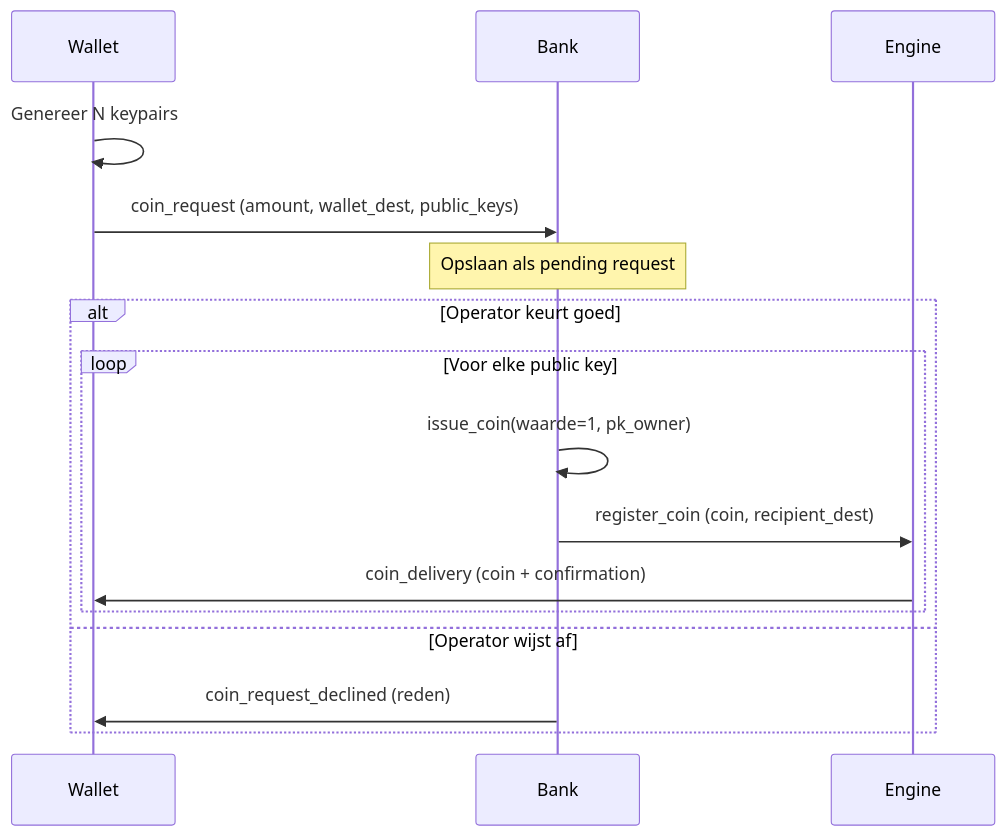
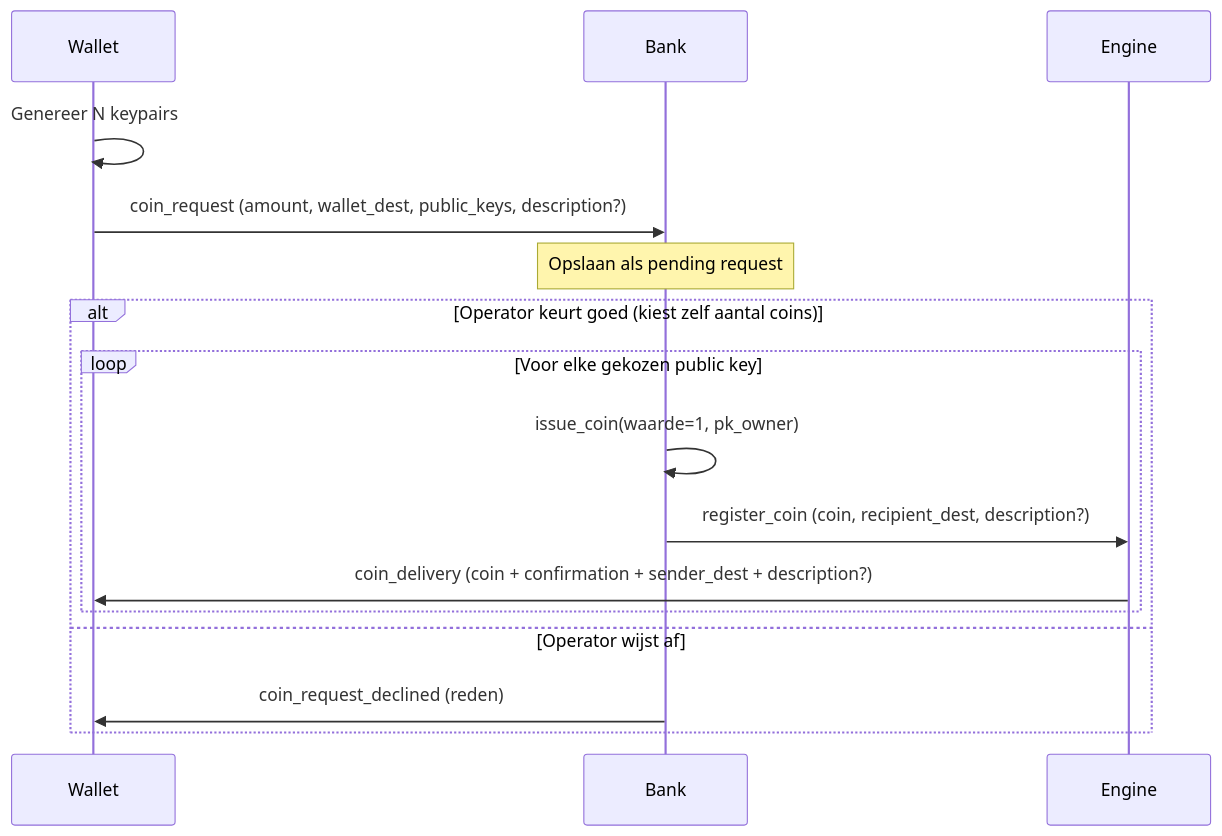
One commit to GijsvandenBeucken/gijsvandenbeucken.github.io changed the fifth of 6 diagrams in backup/lora-en-pkicash-wallet/opzet.md. Above: the diagram before and after it, drawn with Mermaid. The commit also changed other lines of this file and 36 other files, not shown here.

````diff
--- a/backup/lora-en-pkicash-wallet/opzet.md
+++ b/backup/lora-en-pkicash-wallet/opzet.md
@@ -264,18 +286,18 @@
 ```mermaid
 sequenceDiagram
     participant Wallet
     participant Bank
     participant Engine
     Wallet->>Wallet: Genereer N keypairs
-    Wallet->>Bank: coin_request (amount, wallet_dest, public_keys)
+    Wallet->>Bank: coin_request (amount, wallet_dest, public_keys, description?)
     Note over Bank: Opslaan als pending request
-    alt Operator keurt goed
-        loop Voor elke public key
+    alt Operator keurt goed (kiest zelf aantal coins)
+        loop Voor elke gekozen public key
             Bank->>Bank: issue_coin(waarde=1, pk_owner)
-            Bank->>Engine: register_coin (coin, recipient_dest)
-            Engine->>Wallet: coin_delivery (coin + confirmation)
+            Bank->>Engine: register_coin (coin, recipient_dest, description?)
+            Engine->>Wallet: coin_delivery (coin + confirmation + sender_dest + description?)
         end
     else Operator wijst af
         Bank->>Wallet: coin_request_declined (reden)
     end
 ```
````
